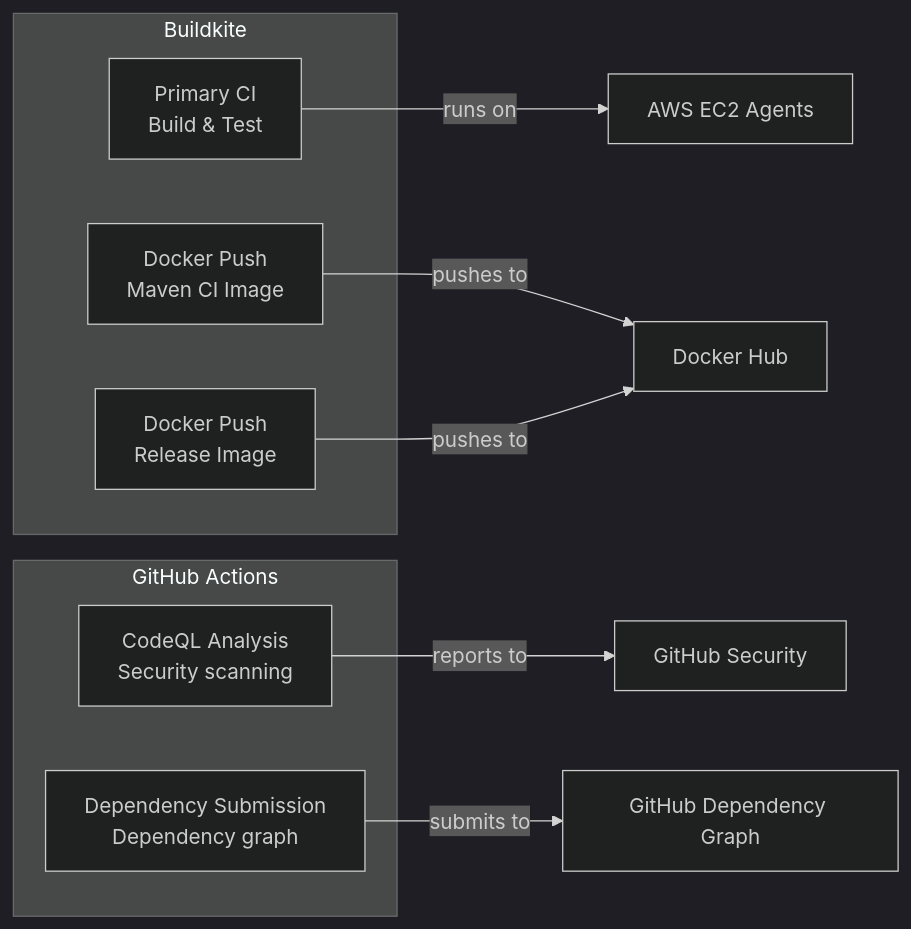
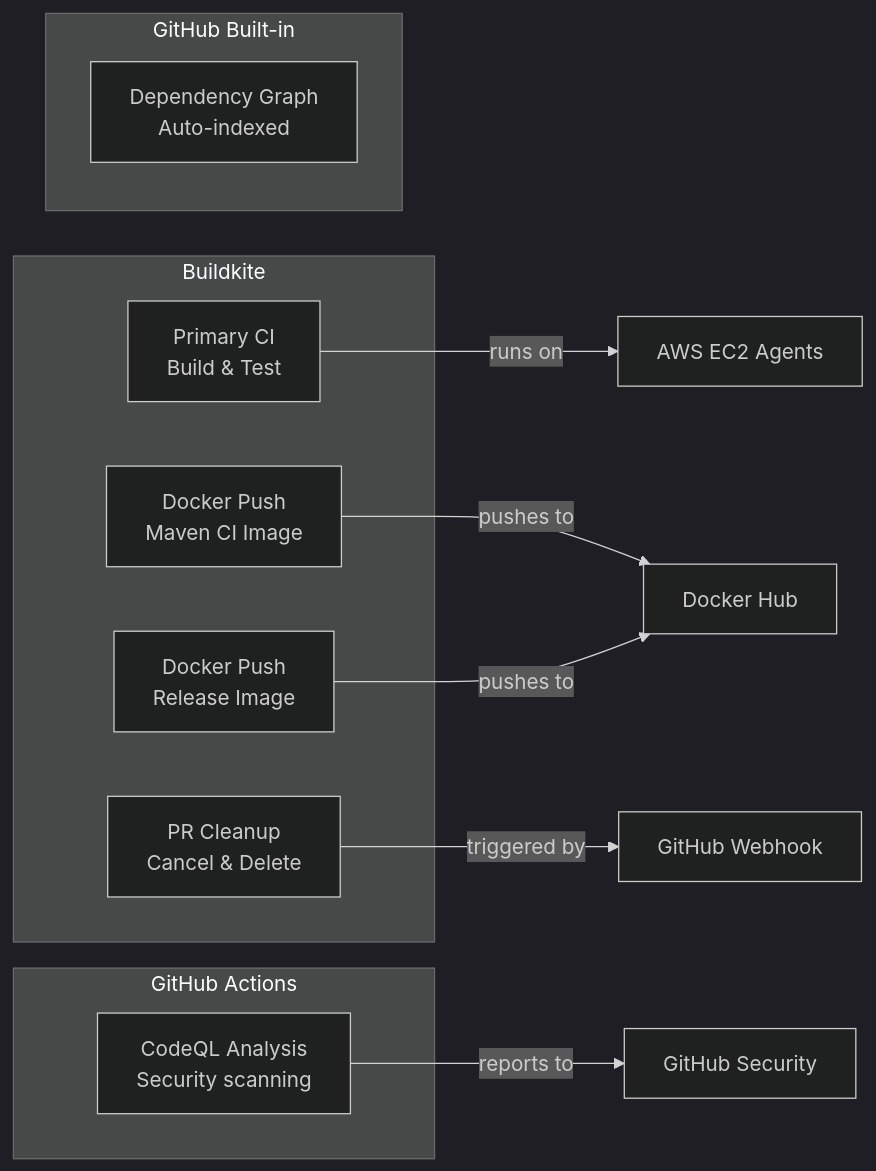
One commit to mock-server/mockserver changed the first of 6 diagrams in docs/infrastructure/ci-cd.md. Above: the diagram before and after it, drawn with Mermaid (dark theme). The commit also changed other lines of this file and 2 other files, not shown here.

First line of the commit message:
feat: add Buildkite cleanup pipeline for closed PR builds

````diff
--- a/docs/infrastructure/ci-cd.md
+++ b/docs/infrastructure/ci-cd.md
@@ -7,24 +7,29 @@
 ```mermaid
 graph LR
     subgraph "Buildkite"
         BK["Primary CI
 Build & Test"]
         BK_MAVEN["Docker Push
 Maven CI Image"]
         BK_RELEASE["Docker Push
 Release Image"]
+        BK_CLEANUP["PR Cleanup
+Cancel & Delete"]
     end
 
     subgraph "GitHub Actions"
         GA_CODEQL["CodeQL Analysis
 Security scanning"]
-        GA_DEPS["Dependency Submission
-Dependency graph"]
+    end
+
+    subgraph "GitHub Built-in"
+        GH_DEP["Dependency Graph
+Auto-indexed"]
     end
 
     BK -->|runs on| EC2[AWS EC2 Agents]
     BK_MAVEN -->|pushes to| DH[Docker Hub]
     BK_RELEASE -->|pushes to| DH
+    BK_CLEANUP -->|triggered by| GH_WH[GitHub Webhook]
     GA_CODEQL -->|reports to| GH_SEC[GitHub Security]
-    GA_DEPS -->|submits to| GH_DEP[GitHub Dependency Graph]
 ```
````
